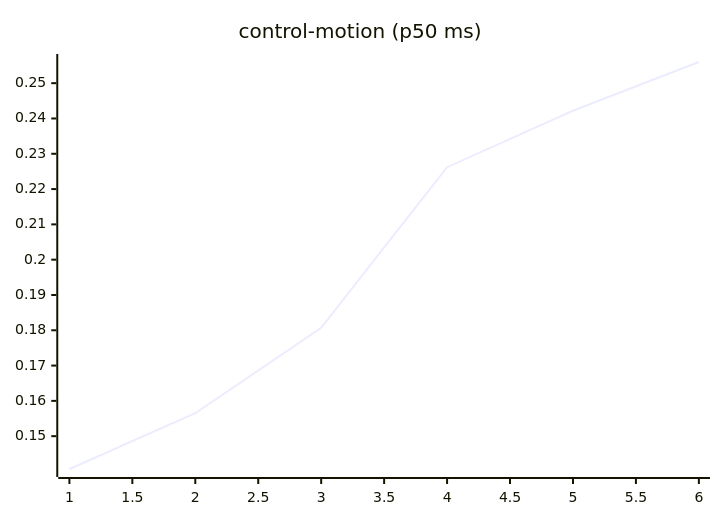
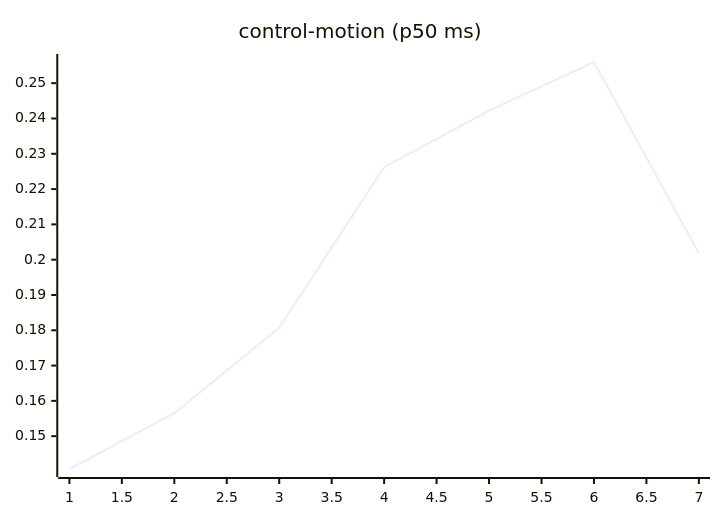
The seventh of 27 diagrams in README.md (josha/Facet), drawn with Mermaid before and after one commit. The commit also changed other lines of this file and 2 other files, not shown here.

````diff
--- a/README.md
+++ b/README.md
@@ -105,6 +105,6 @@
 ```mermaid
 xychart-beta
     title "control-motion (p50 ms)"
-    x-axis 1 --> 6
-    line [0.1407, 0.1565, 0.1807, 0.2262, 0.2422, 0.2560]
+    x-axis 1 --> 7
+    line [0.1407, 0.1565, 0.1807, 0.2262, 0.2422, 0.2560, 0.2018]
 ```
````
